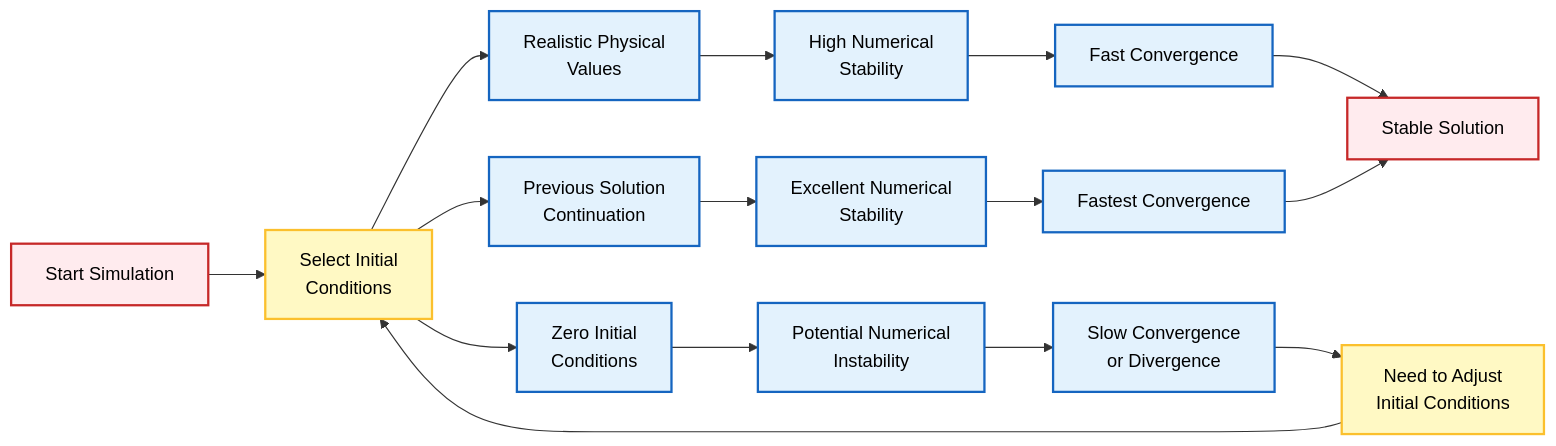
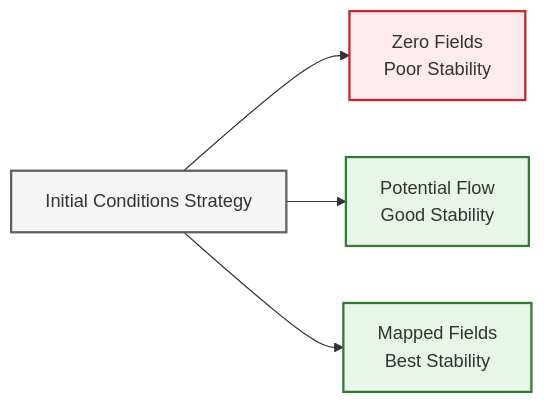
Before and after one commit to wramet/build-my-cfd: the first of 3 diagrams in MODULE_01_CFD_FUNDAMENTALS/CONTENT/01_GOVERNING_EQUATIONS/07_Initial_Conditions.md, drawn with Mermaid. The commit also changed other lines of this file and 313 other files, not shown here.

Commit message:
Revise all diagram

````diff
--- a/MODULE_01_CFD_FUNDAMENTALS/CONTENT/01_GOVERNING_EQUATIONS/07_Initial_Conditions.md
+++ b/MODULE_01_CFD_FUNDAMENTALS/CONTENT/01_GOVERNING_EQUATIONS/07_Initial_Conditions.md
@@ -8,31 +8,14 @@
 ```mermaid
 graph LR
-    Start["Start Simulation"] --> SelectIC["Select Initial<br/>Conditions"]
-    SelectIC --> IC1["Realistic Physical<br/>Values"]
-    SelectIC --> IC2["Zero Initial<br/>Conditions"]
-    SelectIC --> IC3["Previous Solution<br/>Continuation"]
+classDef good fill:#e8f5e9,stroke:#2e7d32,stroke-width:2px
+classDef poor fill:#ffebee,stroke:#c62828,stroke-width:2px
+classDef context fill:#f5f5f5,stroke:#616161,stroke-width:2px
+Choice["Initial Conditions Strategy"]:::context
+Zero["Zero Fields<br/>Poor Stability"]:::poor
+Approx["Potential Flow<br/>Good Stability"]:::good
+Map["Mapped Fields<br/>Best Stability"]:::good
 
-    IC1 --> GoodStab["High Numerical<br/>Stability"]
-    IC2 --> PoorStab["Potential Numerical<br/>Instability"]
-    IC3 --> BestStab["Excellent Numerical<br/>Stability"]
-
-    GoodStab --> FastConv["Fast Convergence"]
-    PoorStab --> SlowConv["Slow Convergence<br/>or Divergence"]
-    BestStab --> FastestConv["Fastest Convergence"]
-
-    FastConv --> Final["Stable Solution"]
-    SlowConv --> Restart["Need to Adjust<br/>Initial Conditions"]
-    FastestConv --> Final
-
-    Restart --> SelectIC
-
-    %% Styling Definitions
-    classDef process fill:#e3f2fd,stroke:#1565c0,stroke-width:2px,color:#000;
-    classDef decision fill:#fff9c4,stroke:#fbc02d,stroke-width:2px,color:#000;
-    classDef terminator fill:#ffebee,stroke:#c62828,stroke-width:2px,color:#000;
-    classDef storage fill:#e8f5e9,stroke:#2e7d32,stroke-width:2px,color:#000;
-
-    class Start,Final terminator;
-    class SelectIC,Restart decision;
-    class IC1,IC2,IC3,GoodStab,PoorStab,BestStab,FastConv,SlowConv,FastestConv process;
+Choice --> Zero
+Choice --> Approx
+Choice --> Map
 ```
````
